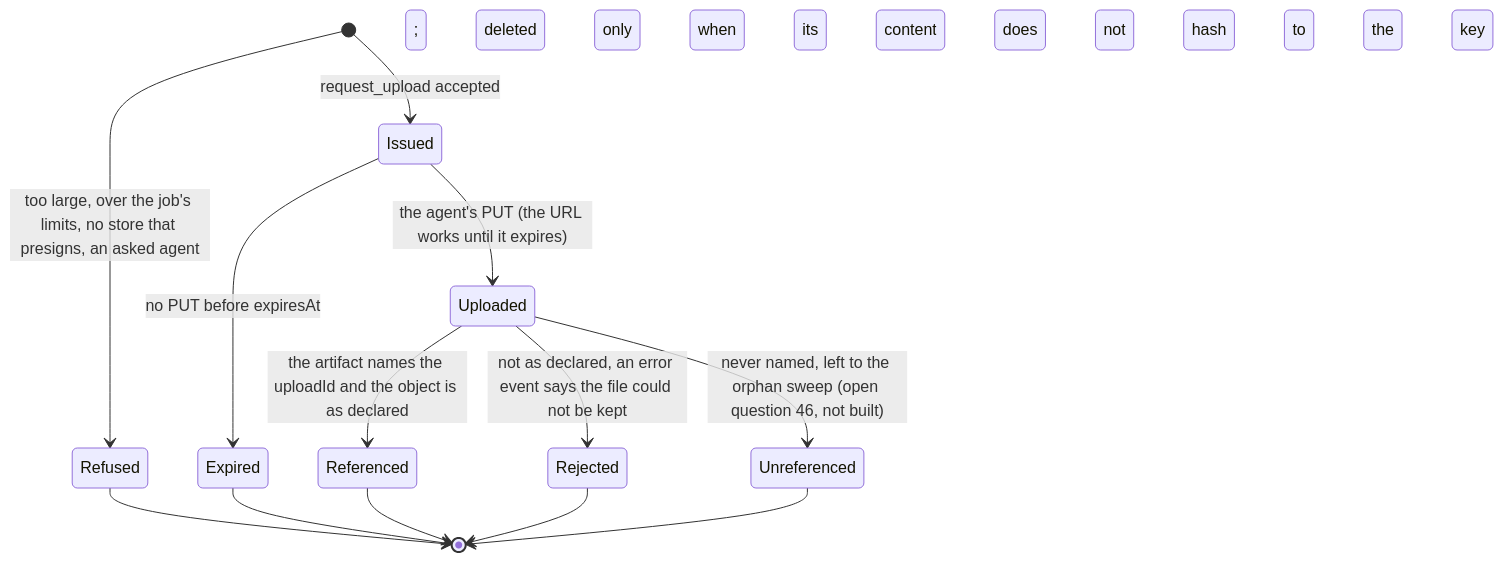
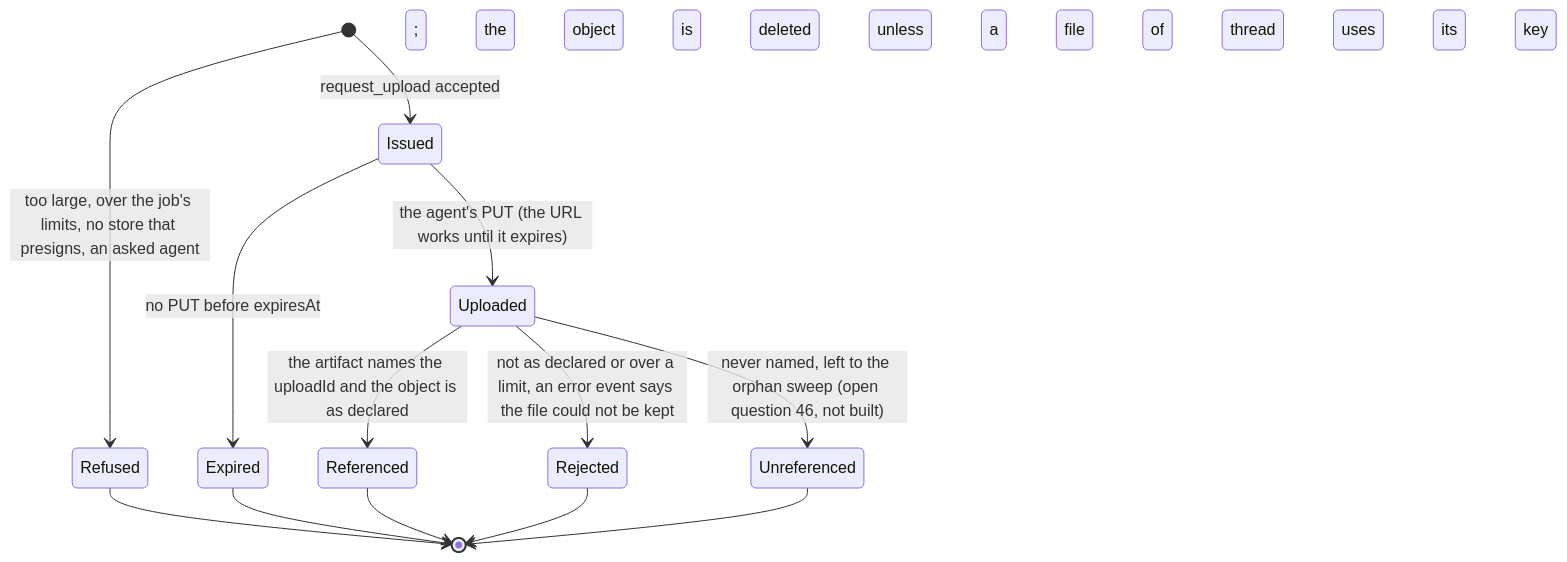
The second of 2 diagrams in docs/api/uploads-v1.md (vymalo/another-agentic-system), drawn with Mermaid before and after one commit. The commit also changed other lines of this file and 5 other files, not shown here.

````diff
--- a/docs/api/uploads-v1.md
+++ b/docs/api/uploads-v1.md
@@ -58,15 +58,15 @@
 ```mermaid
 stateDiagram-v2
   [*] --> Refused: too large, over the job's limits, no store that presigns, an asked agent
   [*] --> Issued: request_upload accepted
   Issued --> Uploaded: the agent's PUT (the URL works until it expires)
   Issued --> Expired: no PUT before expiresAt
   Uploaded --> Referenced: the artifact names the uploadId and the object is as declared
-  Uploaded --> Rejected: not as declared, an error event says the file could not be kept; deleted only when its content does not hash to the key
+  Uploaded --> Rejected: not as declared or over a limit, an error event says the file could not be kept; the object is deleted unless a file of the thread uses its key
   Uploaded --> Unreferenced: never named, left to the orphan sweep (open question 46, not built)
   Refused --> [*]
   Expired --> [*]
   Referenced --> [*]
   Rejected --> [*]
   Unreferenced --> [*]
 ```
````
